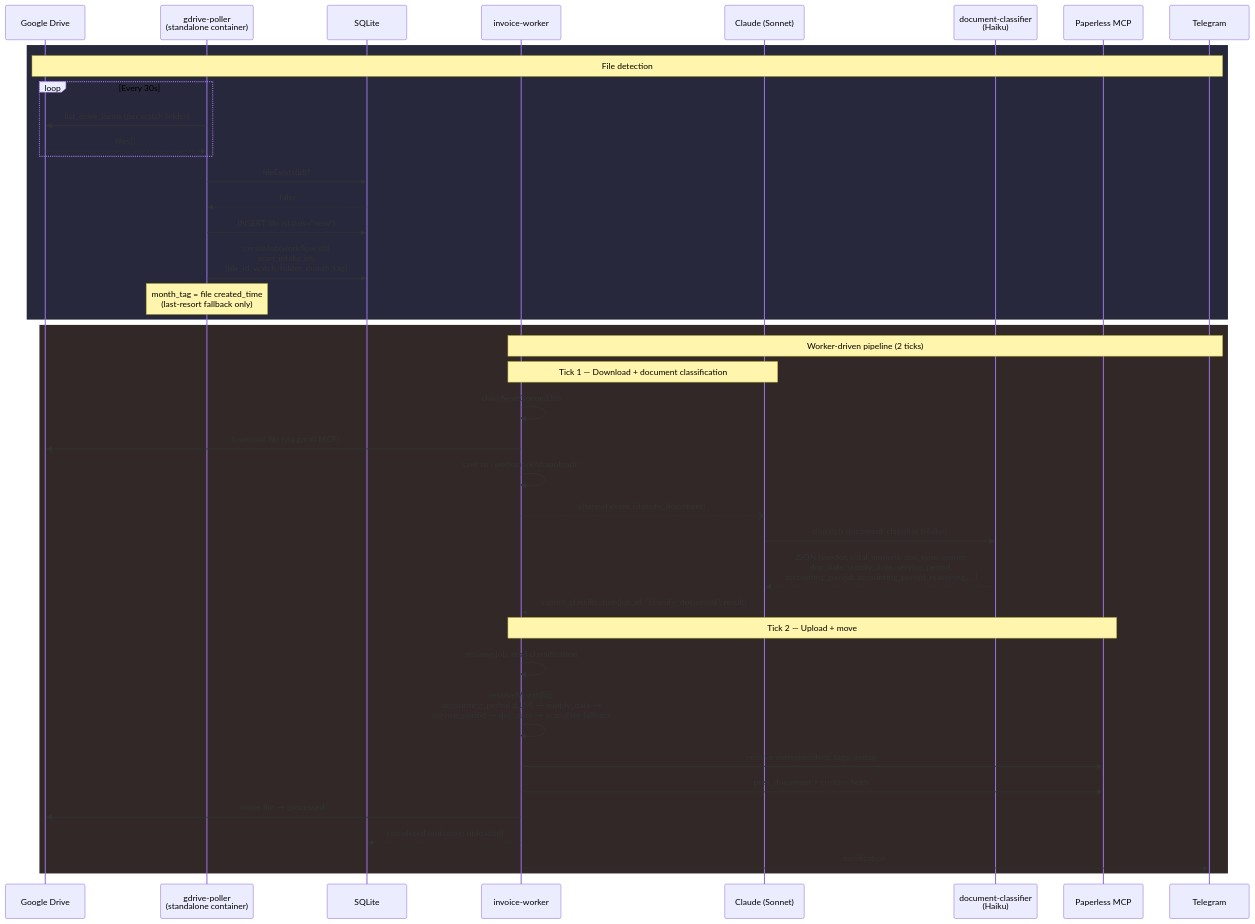
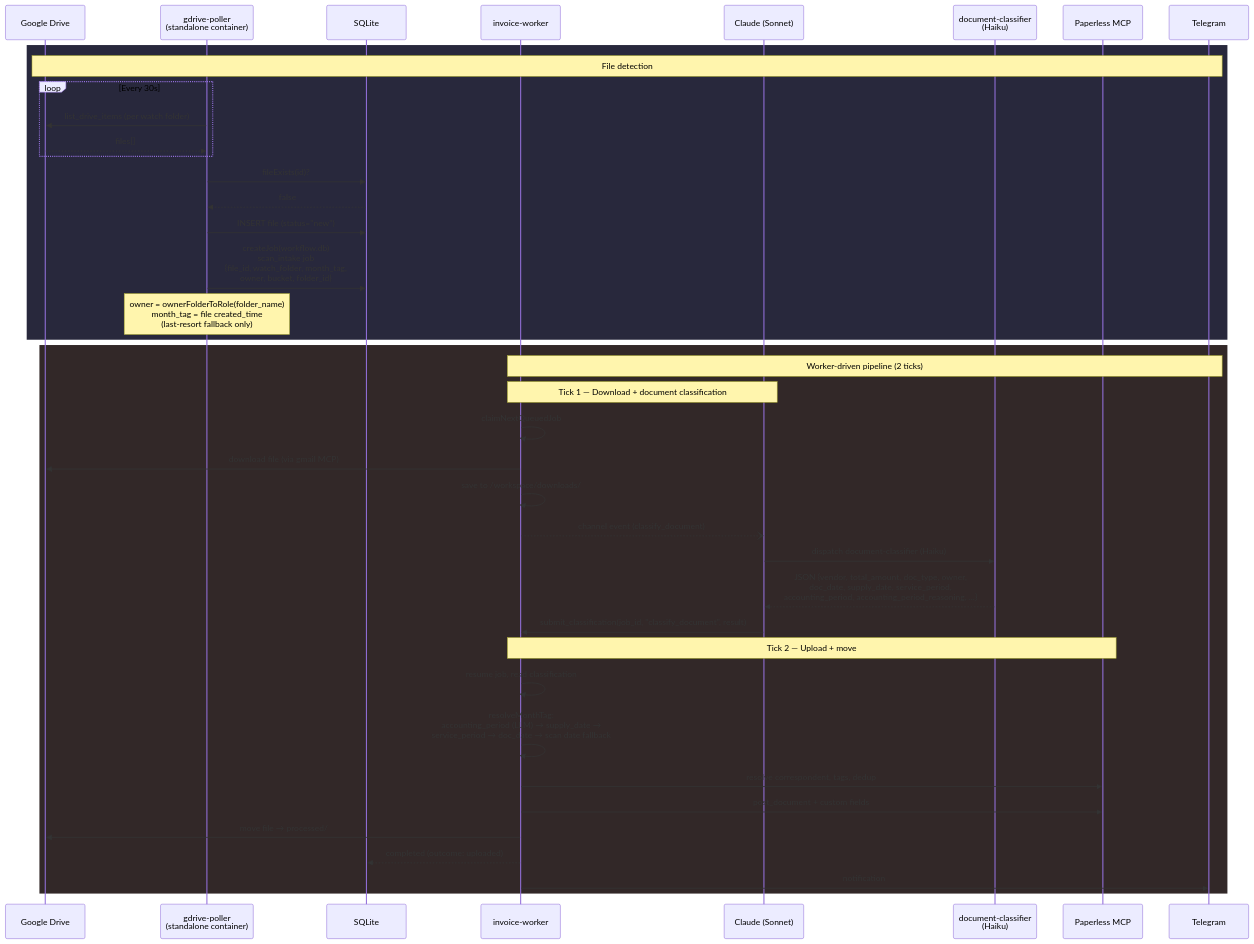
The fourth of 7 diagrams in docs/uc1-invoice-processing.md (mcsdodo/personal-assistant), drawn with Mermaid before and after one commit. The commit also changed other lines of this file and 8 other files, not shown here.

````diff
--- a/docs/uc1-invoice-processing.md
+++ b/docs/uc1-invoice-processing.md
@@ -365,46 +365,46 @@
 ```mermaid
 sequenceDiagram
     participant GD as Google Drive
     participant GW as gdrive-poller<br/>(standalone container)
     participant DB as SQLite
     participant IW as invoice-worker
     participant C as Claude (Sonnet)
     participant DC as document-classifier<br/>(Haiku)
     participant P as Paperless MCP
     participant TG as Telegram
 
     rect rgb(40, 40, 60)
     note over GD,TG: File detection
     loop Every 30s
         GW->>GD: list_drive_items (per watch folder)
         GD-->>GW: files[]
     end
     GW->>DB: fileExists(id)?
     DB-->>GW: false
     GW->>DB: INSERT file (status="new")
-    GW->>DB: createJob(workflow.db)<br/>scan_intake job<br/>{file_id, watch_folder, month_tag}
-    note over GW: month_tag = file created_time<br/>(last-resort fallback only)
+    GW->>DB: createJob(workflow.db)<br/>scan_intake job<br/>{file_id, watch_folder, month_tag,<br/>owner, bucket, folder_id}
+    note over GW: owner = ownerFolderToRole(folder_name)<br/>month_tag = file created_time<br/>(last-resort fallback only)
     end
 
     rect rgb(50, 40, 40)
     note over IW,TG: Worker-driven pipeline (2 ticks)
 
     note over IW,C: Tick 1 — Download + document classification
     IW->>IW: claimNextQueuedJob
     IW->>GD: download file (via gmail MCP)
     IW->>IW: save to /workspace/downloads/
     IW--)C: channel event (classify_document)
     C->>DC: dispatch document-classifier (Haiku)
     DC-->>C: JSON {vendor, total_amount, doc_type, owner,<br/>doc_date, supply_date, service_period,<br/>accounting_period, accounting_period_reasoning, ...}
     C->>IW: submit_classification(job_id, "classify_document", result)
 
     note over IW,P: Tick 2 — Upload + move
     IW->>IW: resume job, read classification
     IW->>IW: resolveMonthTag:<br/>accounting_period (LLM) → supply_date →<br/>service_period → doc_date → scan date fallback
     IW->>P: resolve correspondent, tags, dedup
     IW->>P: post_document + custom fields
     IW->>GD: move file → processed/
     IW-->>DB: completed (outcome: uploaded)
     IW->>TG: notification
     end
 ```
````
